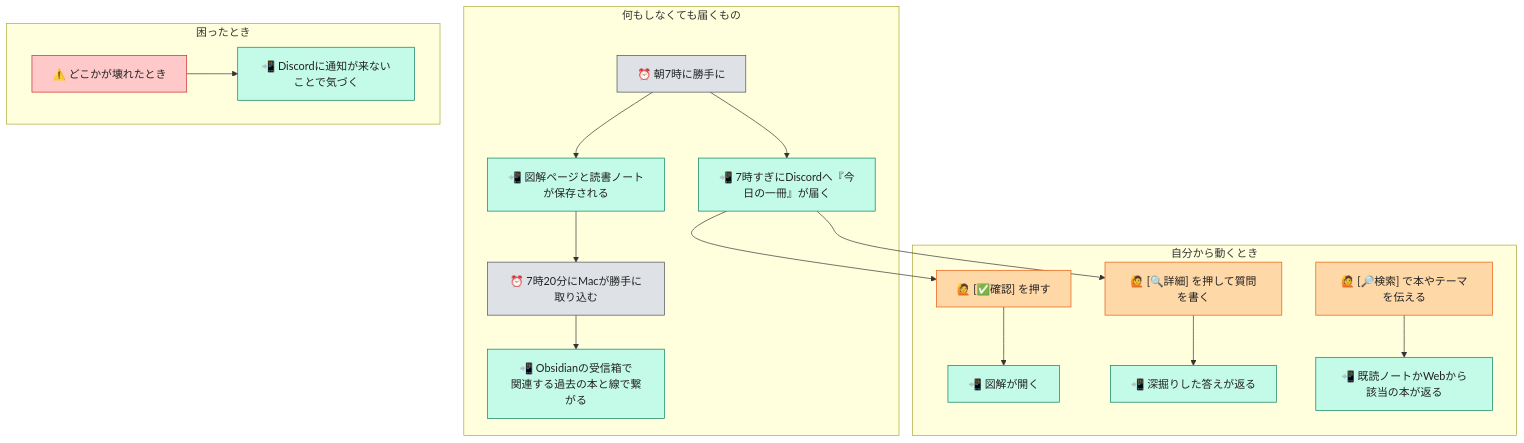
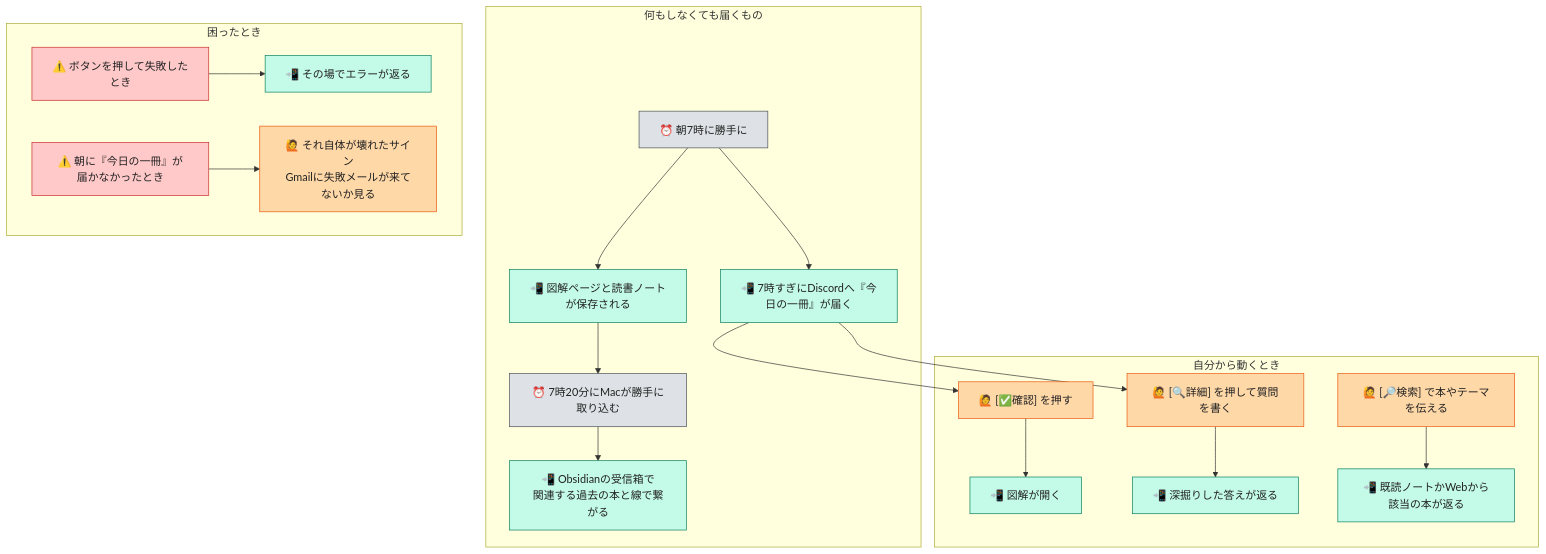
One commit to oshomadesse/books-summary changed the second of 2 diagrams in README.md. Above: the diagram before and after it, drawn with Mermaid.

Commit message:
docs: 06_Books の体験グラフ「困ったとき」を実態に合わせて2本に分割
エラー出口一覧の実態は「押下失敗はその場でエラーが返る」＋「朝の通知が
来ないこと自体がサイン（GitHubの失敗メールで裏取り）」の2本。
1本にまとめた結果、届かないもの に 📲（届くもの）を付けてしまい凡例と
矛盾していたので、後者は 🙋（しょーまがする操作）へ付け替えた。

````diff
--- a/README.md
+++ b/README.md
@@ -108,30 +108,31 @@
 ```mermaid
 flowchart TD
     %% 体験グラフ: ノードにしてよいのは「しょーまが見る・する・受け取る」ものだけ。
     %% 禁止: スクリプト名・ファイルパス・launchd/cron式・State(円筒)・Judgement(菱形)・exit code・loop6/7/9。
 
     subgraph auto["何もしなくても届くもの"]
         A1["⏰ 朝7時に勝手に"]:::auto --> A2["📲 7時すぎにDiscordへ『今日の一冊』が届く"]:::receive
         A1 --> A3["📲 図解ページと読書ノートが保存される"]:::receive
         A4["⏰ 7時20分にMacが勝手に取り込む"]:::auto --> A5["📲 Obsidianの受信箱で<br>関連する過去の本と線で繋がる"]:::receive
         A3 --> A4
     end
 
     subgraph act["自分から動くとき"]
         B1["🙋 [✅確認] を押す"]:::do --> B2["📲 図解が開く"]:::receive
         C1["🙋 [🔍詳細] を押して質問を書く"]:::do --> C2["📲 深掘りした答えが返る"]:::receive
         D1["🙋 [🔎検索] で本やテーマを伝える"]:::do --> D2["📲 既読ノートかWebから該当の本が返る"]:::receive
     end
 
     subgraph trouble["困ったとき"]
-        E1["⚠️ どこかが壊れたとき"]:::trouble --> E2["📲 Discordに通知が来ないことで気づく"]:::receive
+        E1["⚠️ ボタンを押して失敗したとき"]:::trouble --> E2["📲 その場でエラーが返る"]:::receive
+        E3["⚠️ 朝に『今日の一冊』が届かなかったとき"]:::trouble --> E4["🙋 それ自体が壊れたサイン<br>Gmailに失敗メールが来てないか見る"]:::do
     end
 
     A2 --> B1
     A2 --> C1
 
     classDef do fill:#ffd8a8,stroke:#e8590c,color:#222
     classDef receive fill:#c3fae8,stroke:#087f5b,color:#222
     classDef auto fill:#dee2e6,stroke:#495057,color:#222
     classDef trouble fill:#ffc9c9,stroke:#c92a2a,color:#222
 ```
````
